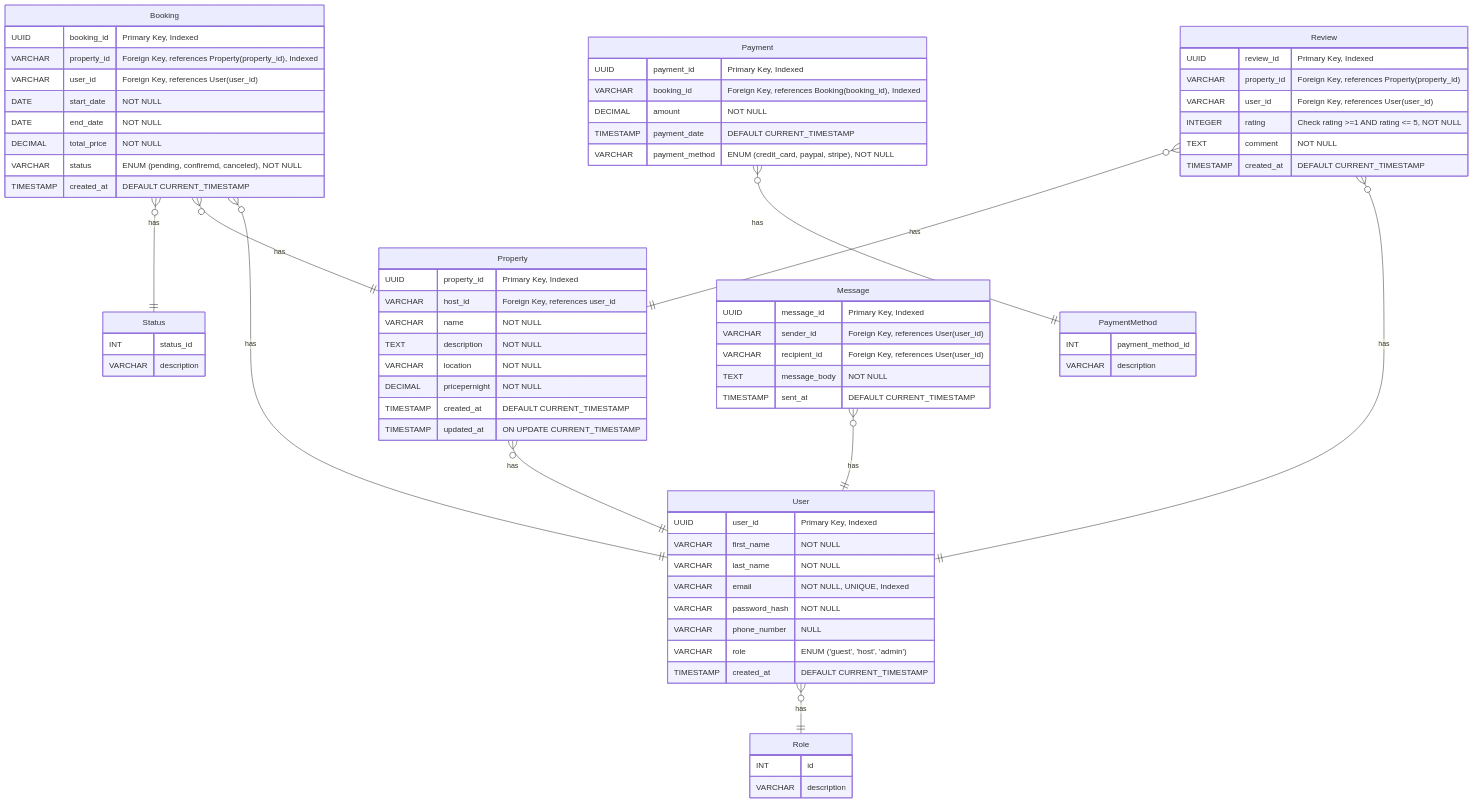
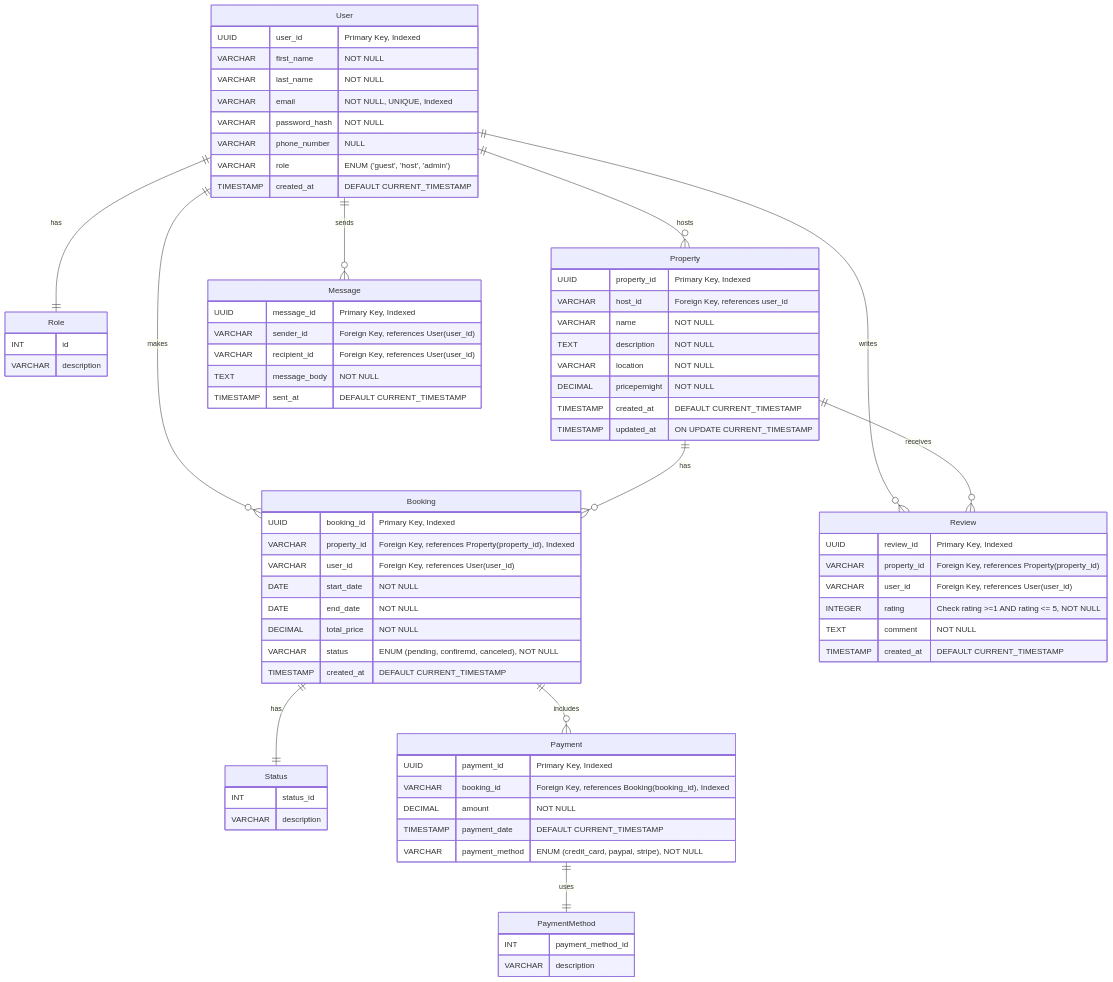
Before and after one commit to KenImade/airbnb-clone-project: the diagram in docs/erd.md, drawn with Mermaid.

Commit message:
docs: fixed relationships

````diff
--- a/docs/erd.md
+++ b/docs/erd.md
@@ -75,15 +75,17 @@
         TIMESTAMP sent_at "DEFAULT CURRENT_TIMESTAMP"
     }
 
-    User }o--|| Role : has
-    Property }o--|| User: has
-    Booking }o--|| Status: has
-    Booking }o--|| Property: has
-    Booking }o--|| User: has
-    Payment }o--|| PaymentMethod: has
-    Review }o--|| Property: has
-    Review }o--|| User: has
-    Message }o--|| User: has
+    User ||--o{ Property : hosts
+    User ||--o{ Booking : makes
+    User ||--o{ Review : writes
+    User ||--o{ Message : sends
+    Property ||--o{ Booking : has
+    Property ||--o{ Review : receives
+    Booking ||--o{ Payment : includes
+    Booking ||--|| Status : has
+    Payment ||--|| PaymentMethod : uses
+    User ||--|| Role : has
+
 
 
 ```
````
